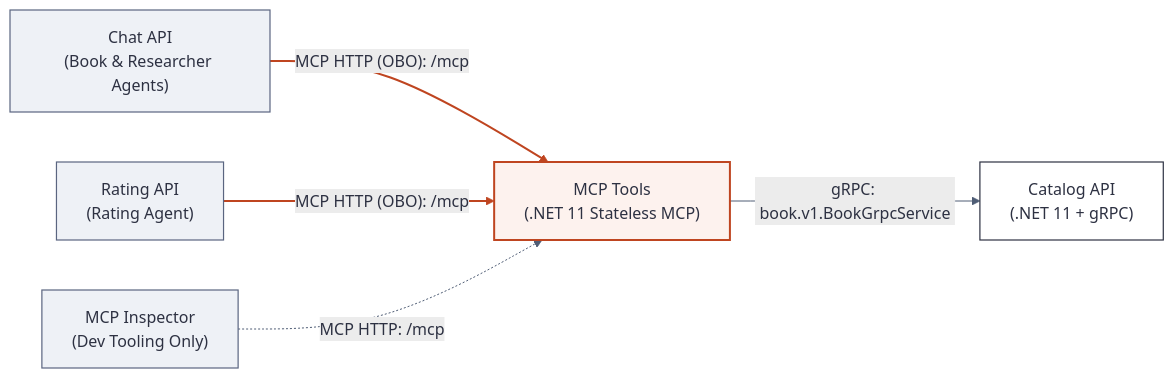
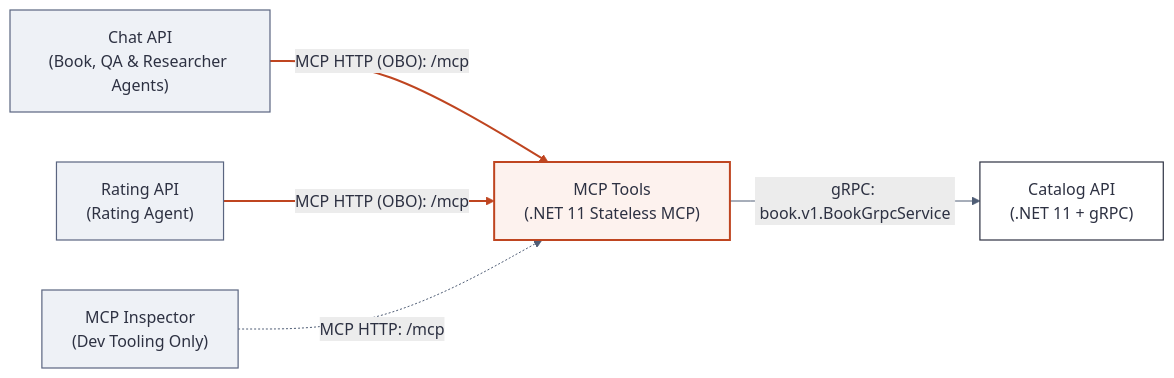
One commit to foxminchan/BookWorm changed the diagram in docs/domains/BookWorm/subdomains/Conversational/systems/mcp-tools/services/MCPServer/mermaids/MCPServer-diagram-1.mmd. Above: the diagram before and after it, drawn with Mermaid. The commit also changed 67 other files, not shown here.

```diff
--- a/docs/domains/BookWorm/subdomains/Conversational/systems/mcp-tools/services/MCPServer/mermaids/MCPServer-diagram-1.mmd
+++ b/docs/domains/BookWorm/subdomains/Conversational/systems/mcp-tools/services/MCPServer/mermaids/MCPServer-diagram-1.mmd
@@ -1,17 +1,17 @@
 %%{init: {'theme': 'base', 'themeVariables': {'background': '#f5f5f5', 'primaryColor': '#ffffff', 'primaryTextColor': '#2d3142', 'primaryBorderColor': '#2d3142', 'secondaryColor': '#ececec', 'secondaryBorderColor': '#4f5d75', 'tertiaryColor': '#fdf2ee', 'tertiaryBorderColor': '#bf4520', 'lineColor': '#4f5d75', 'textColor': '#2d3142', 'clusterBkg': '#f8f9fa', 'clusterBorder': '#bfc0c0', 'fontFamily': 'Geist, system-ui, sans-serif'}}}%%
 flowchart LR
-    chat["Chat API\n(Book & Researcher Agents)"] -->|"MCP HTTP (OBO): /mcp"| mcp["MCP Tools\n(.NET 11 Stateless MCP)"]
+    chat["Chat API\n(Book, QA & Researcher Agents)"] -->|"MCP HTTP (OBO): /mcp"| mcp["MCP Tools\n(.NET 11 Stateless MCP)"]
     rating["Rating API\n(Rating Agent)"] -->|"MCP HTTP (OBO): /mcp"| mcp
     inspector["MCP Inspector\n(Dev Tooling Only)"] -.->|"MCP HTTP: /mcp"| mcp
     mcp -->|"gRPC: book.v1.BookGrpcService"| catalog["Catalog API\n(.NET 11 + gRPC)"]
 
 	classDef focal fill:#fdf2ee,stroke:#bf4520,stroke-width:2px,color:#2d3142
 	classDef service fill:#ffffff,stroke:#2d3142,stroke-width:1.2px,color:#2d3142
 	classDef store fill:#ececec,stroke:#4f5d75,stroke-width:1.2px,color:#2d3142
 	classDef input fill:#eef1f6,stroke:#5a6580,stroke-width:1.2px,color:#2d3142
 	classDef ext fill:#f5f5f5,stroke:#949eb2,stroke-width:1px,stroke-dasharray:4 3,color:#4f5d75
 	class mcp focal
 	class catalog service
 	class chat,rating,inspector input
 	linkStyle 0 stroke:#bf4520,stroke-width:2px
 	linkStyle 1 stroke:#bf4520,stroke-width:2px
```
